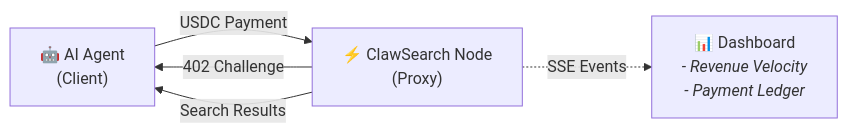
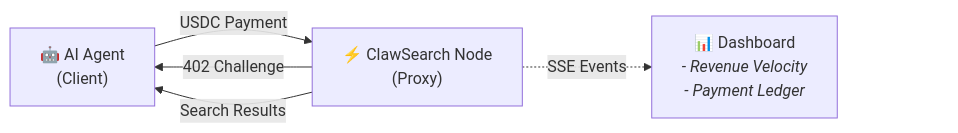
Before and after one commit to edycutjong/ClawSearch402: the second of 2 diagrams in README.md, drawn with Mermaid.

Commit message:
docs: Add invisible spacer to Mermaid diagram to dodge GitHub UI controls

````diff
--- a/README.md
+++ b/README.md
@@ -223,12 +223,16 @@
 ```mermaid
 flowchart LR
     Agent["🤖 AI Agent<br/>(Client)"]
     Proxy["⚡ ClawSearch Node<br/>(Proxy)"]
     Dashboard["📊 Dashboard<br/><i>- Revenue Velocity<br/>- Payment Ledger</i>"]
 
     Proxy -- "402 Challenge" --> Agent
     Agent -- "USDC Payment" --> Proxy
     Proxy -- "Search Results" --> Agent
     
     Proxy -.->|"SSE Events"| Dashboard
+    
+    %% Spacer to prevent GitHub's zoom controls from overlapping the Dashboard node
+    Dashboard ~~~ Spacer[ ]
+    style Spacer fill:none,stroke:none
 ```
````
